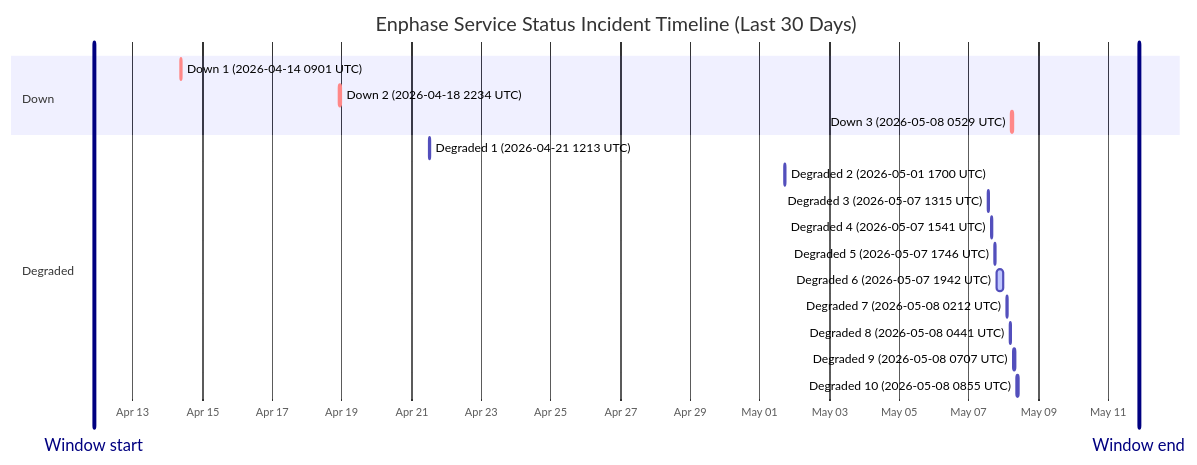
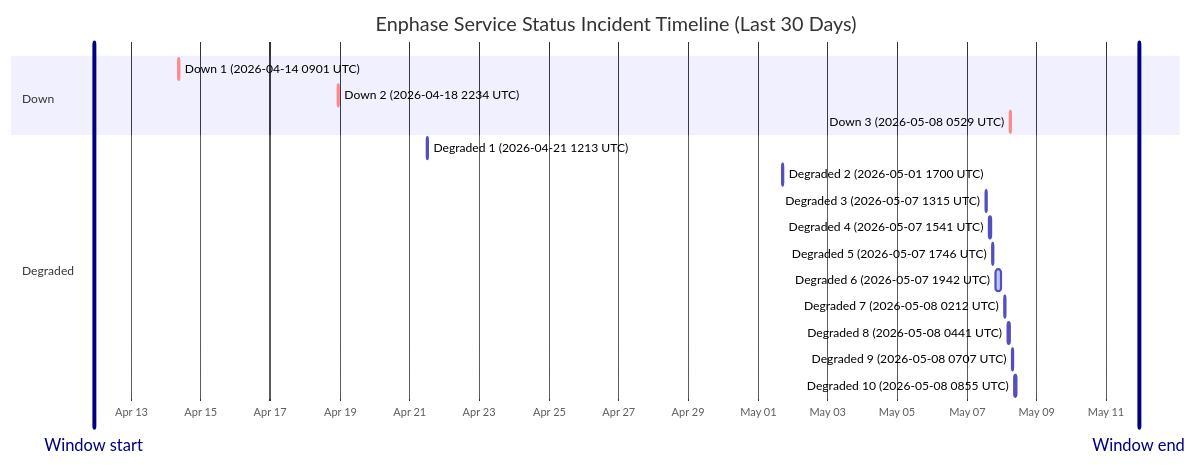
The diagram in wiki/Service-Status-History.md (barneyonline/ha-enphase-ev-charger), drawn with Mermaid before and after one commit. The commit also changed other lines of this file and 3 other files, not shown here.

````diff
--- a/wiki/Service-Status-History.md
+++ b/wiki/Service-Status-History.md
@@ -14,23 +14,23 @@
 ```mermaid
 gantt
     title Enphase Service Status Incident Timeline (Last 30 Days)
     dateFormat  YYYY-MM-DDTHH:mm:ss
     axisFormat  %b %d
-    Window start :vert, window-start, 2026-04-11T21:15:28, 0ms
-    Window end :vert, window-end, 2026-05-11T21:15:28, 0ms
+    Window start :vert, window-start, 2026-04-11T22:32:20, 0ms
+    Window end :vert, window-end, 2026-05-11T22:32:20, 0ms
     section Down
     Down 1 (2026-04-14 0901 UTC) :crit, down-1, 2026-04-14T09:01:13, 60m
     Down 2 (2026-04-18 2234 UTC) :crit, down-2, 2026-04-18T22:34:13, 60m
     Down 3 (2026-05-08 0529 UTC) :crit, down-3, 2026-05-08T05:29:47, 60m
     section Degraded
     Degraded 1 (2026-04-21 1213 UTC) :active, degraded-1, 2026-04-21T12:13:11, 60m
     Degraded 2 (2026-05-01 1700 UTC) :active, degraded-2, 2026-05-01T17:00:22, 60m
     Degraded 3 (2026-05-07 1315 UTC) :active, degraded-3, 2026-05-07T13:15:25, 60m
     Degraded 4 (2026-05-07 1541 UTC) :active, degraded-4, 2026-05-07T15:41:58, 60m
     Degraded 5 (2026-05-07 1746 UTC) :active, degraded-5, 2026-05-07T17:46:51, 60m
     Degraded 6 (2026-05-07 1942 UTC) :active, degraded-6, 2026-05-07T19:42:10, 249m
     Degraded 7 (2026-05-08 0212 UTC) :active, degraded-7, 2026-05-08T02:12:39, 60m
     Degraded 8 (2026-05-08 0441 UTC) :active, degraded-8, 2026-05-08T04:41:46, 60m
     Degraded 9 (2026-05-08 0707 UTC) :active, degraded-9, 2026-05-08T07:07:30, 60m
     Degraded 10 (2026-05-08 0855 UTC) :active, degraded-10, 2026-05-08T08:55:20, 88m
 ```
````
